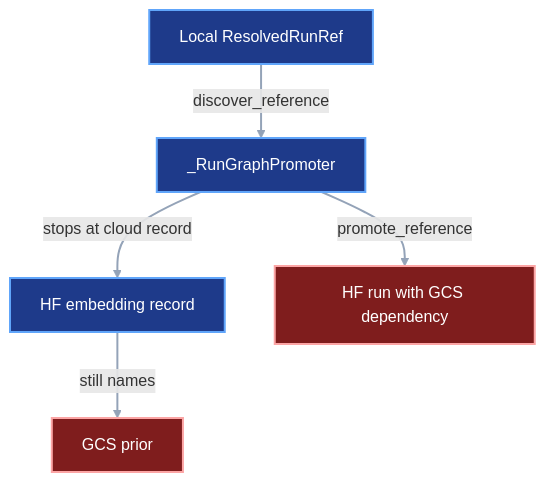
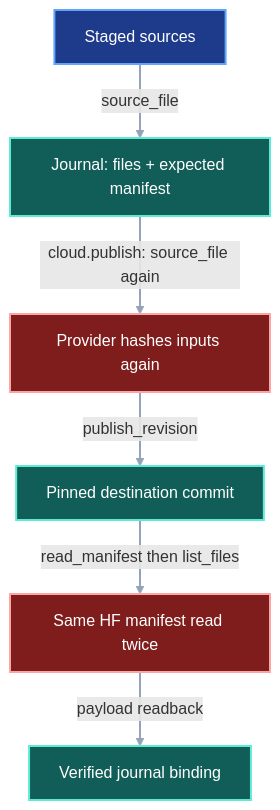
Before and after one commit to pvd232/viper: the first of 3 diagrams in contracts/run-graph-republication.md, drawn with Mermaid. The commit also changed other lines of this file and 26 other files, not shown here.

````diff
--- a/contracts/run-graph-republication.md
+++ b/contracts/run-graph-republication.md
@@ -279,12 +577,13 @@
 ```mermaid
-flowchart TB
-  R["Local ResolvedRunRef"] -->|"discover_reference"| P["_RunGraphPromoter"]
-  P -->|"stops at cloud record"| H["HF embedding record"]
-  H -->|"still names"| G["GCS prior"]
-  P -->|"promote_reference"| O["HF run with GCS dependency"]
-  classDef current fill:#1e3a8a,stroke:#60a5fa,color:#ffffff,stroke-width:2px
-  classDef gap fill:#7f1d1d,stroke:#fca5a5,color:#ffffff,stroke-width:2px
-  class R,P,H current
-  class G,O gap
-  linkStyle default stroke:#94a3b8,stroke-width:2px
+flowchart TD
+    A["Staged sources"]:::current -->|"source_file"| B["Journal: files + expected manifest"]:::implementation
+    B -->|"cloud.publish: source_file again"| C["Provider hashes inputs again"]:::gap
+    C -->|"publish_revision"| D["Pinned destination commit"]:::implementation
+    D -->|"read_manifest then list_files"| E["Same HF manifest read twice"]:::gap
+    E -->|"payload readback"| F["Verified journal binding"]:::implementation
+    classDef current fill:#1e3a8a,stroke:#60a5fa,color:#ffffff,stroke-width:2px
+    classDef implementation fill:#115e59,stroke:#5eead4,color:#ffffff,stroke-width:2px
+    classDef gap fill:#7f1d1d,stroke:#fca5a5,color:#ffffff,stroke-width:2px
+    classDef proposed fill:#581c87,stroke:#d8b4fe,color:#ffffff,stroke-width:2px
+    linkStyle default stroke:#94a3b8,stroke-width:2px
 ```
````
